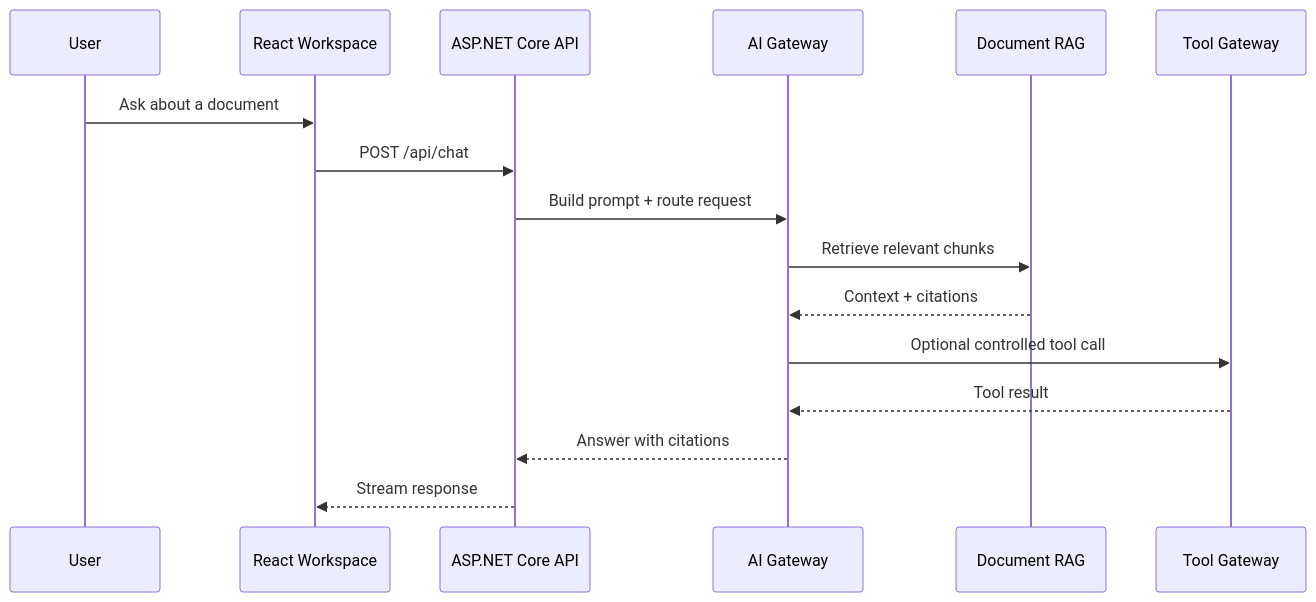
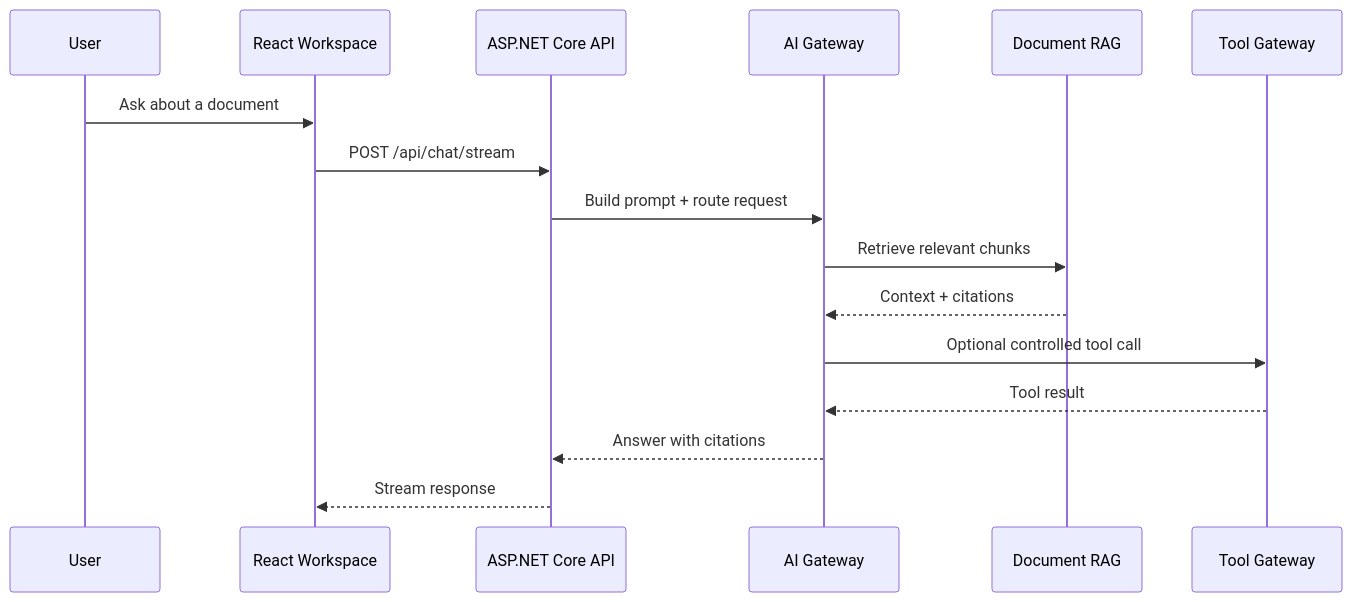
Before and after one commit to haoyucheng369-gif/enterprise-ai-document-assistant: the second of 2 diagrams in README.md, drawn with Mermaid. The commit also changed other lines of this file and 10 other files, not shown here.

Commit message:
feat: stream assistant chat responses

````diff
--- a/README.md
+++ b/README.md
@@ -46,19 +46,19 @@
 ```mermaid
 sequenceDiagram
     participant U as User
     participant UI as React Workspace
     participant API as ASP.NET Core API
     participant AI as AI Gateway
     participant RAG as Document RAG
     participant Tools as Tool Gateway
 
     U->>UI: Ask about a document
-    UI->>API: POST /api/chat
+    UI->>API: POST /api/chat/stream
     API->>AI: Build prompt + route request
     AI->>RAG: Retrieve relevant chunks
     RAG-->>AI: Context + citations
     AI->>Tools: Optional controlled tool call
     Tools-->>AI: Tool result
     AI-->>API: Answer with citations
     API-->>UI: Stream response
 ```
````
